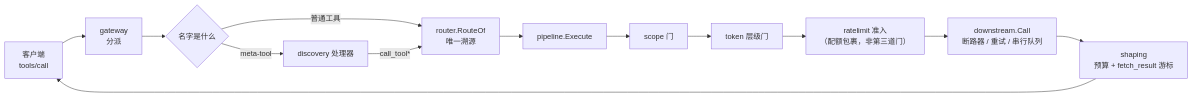
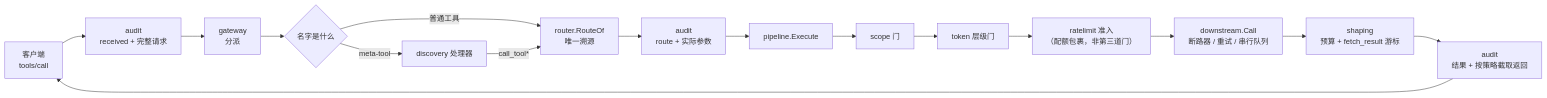
Before and after one commit to dinstein/agent-hub: the third of 8 diagrams in docs/zh-CN/architecture.md, drawn with Mermaid. The commit also changed other lines of this file and 11 other files, not shown here.

````diff
--- a/docs/zh-CN/architecture.md
+++ b/docs/zh-CN/architecture.md
@@ -192,14 +194,15 @@
 ```mermaid
 flowchart LR
-    A["客户端<br/>tools/call"] --> B["gateway<br/>分派"]
+    A["客户端<br/>tools/call"] --> AU1["audit<br/>received + 完整请求"]
+    AU1 --> B["gateway<br/>分派"]
     B --> C{"名字是什么"}
     C -->|"meta-tool"| D["discovery 处理器"]
     C -->|"普通工具"| E["router.RouteOf<br/>唯一溯源"]
     D -->|"call_tool*"| E
-    E --> F["pipeline.Execute"]
+    E --> AU2["audit<br/>route + 实际参数"] --> F["pipeline.Execute"]
     F --> G1["scope 门"] --> G2["token 层级门"]
     G2 --> H["ratelimit 准入<br/>（配额包裹，非第三道门）"]
     H --> I["downstream.Call<br/>断路器 / 重试 / 串行队列"]
     I --> J["shaping<br/>预算 + fetch_result 游标"]
-    J --> A
+    J --> AU3["audit<br/>结果 + 按策略截取返回"] --> A
 ```
````
